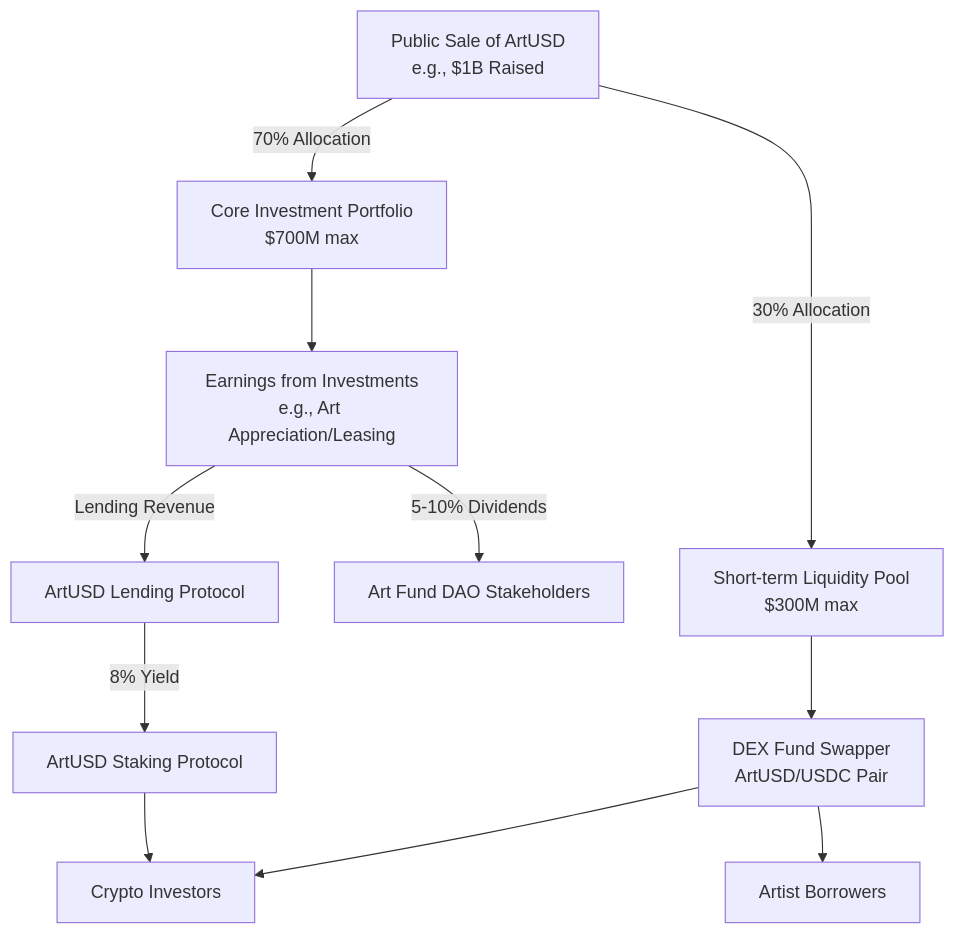
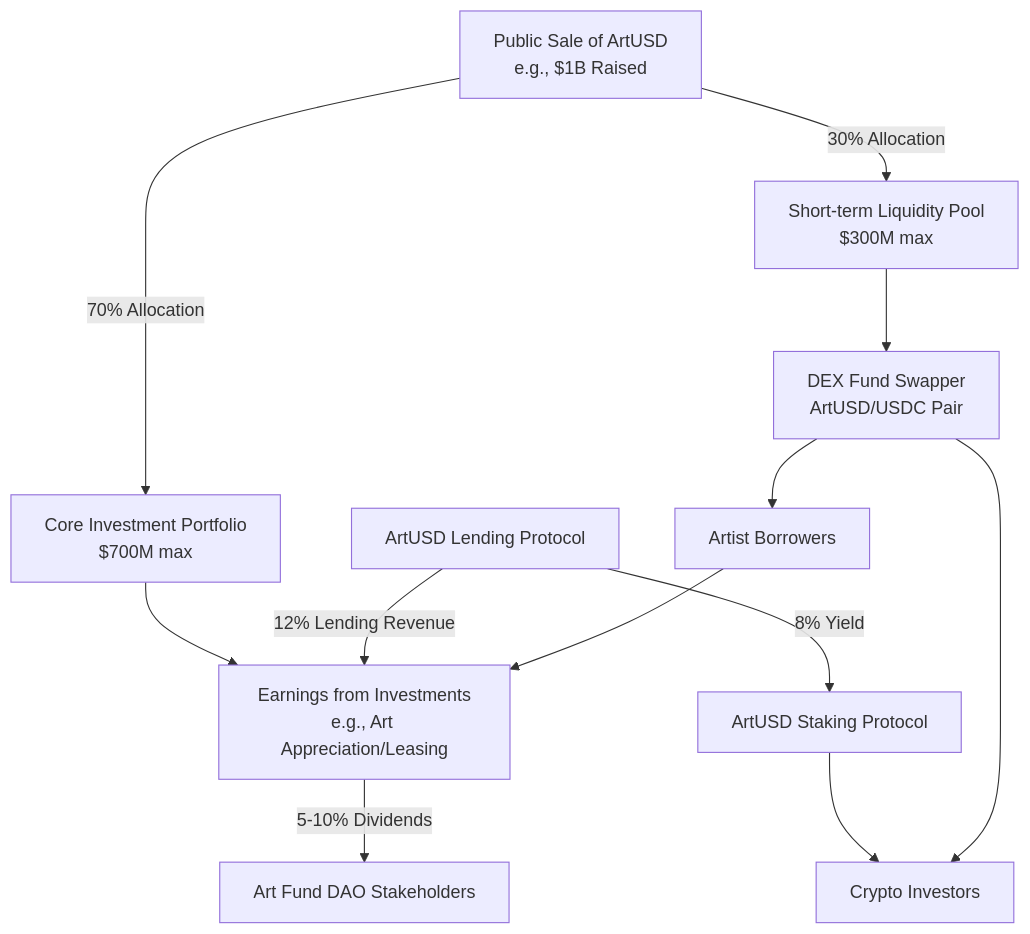
One commit to realmatterio/ArtUSD changed the first of 2 diagrams in ArtUSD Finance Protocol and Revenue Streams.md. Above: the diagram before and after it, drawn with Mermaid.

Commit message:
Update ArtUSD Finance Protocol and Revenue Streams.md

````diff
--- a/ArtUSD Finance Protocol and Revenue Streams.md
+++ b/ArtUSD Finance Protocol and Revenue Streams.md
@@ -54,13 +54,14 @@
 ```mermaid
 graph TD
     A[Public Sale of ArtUSD<br>e.g., $1B Raised] -->|70% Allocation| B[Core Investment Portfolio<br>$700M max]
     A -->|30% Allocation| C[Short-term Liquidity Pool<br>$300M max]
     B --> D[Earnings from Investments<br>e.g., Art Appreciation/Leasing]
     D -->|5-10% Dividends| E[Art Fund DAO Stakeholders]
-    D -->|Lending Revenue| F[ArtUSD Lending Protocol]
+    F[ArtUSD Lending Protocol] -->|12% Lending Revenue| D
     F -->|8% Yield| G[ArtUSD Staking Protocol]
     G --> H[Crypto Investors]
     C --> I[DEX Fund Swapper<br>ArtUSD/USDC Pair]
     I --> H
     I --> J[Artist Borrowers]
+    J --> D
 ```
````
